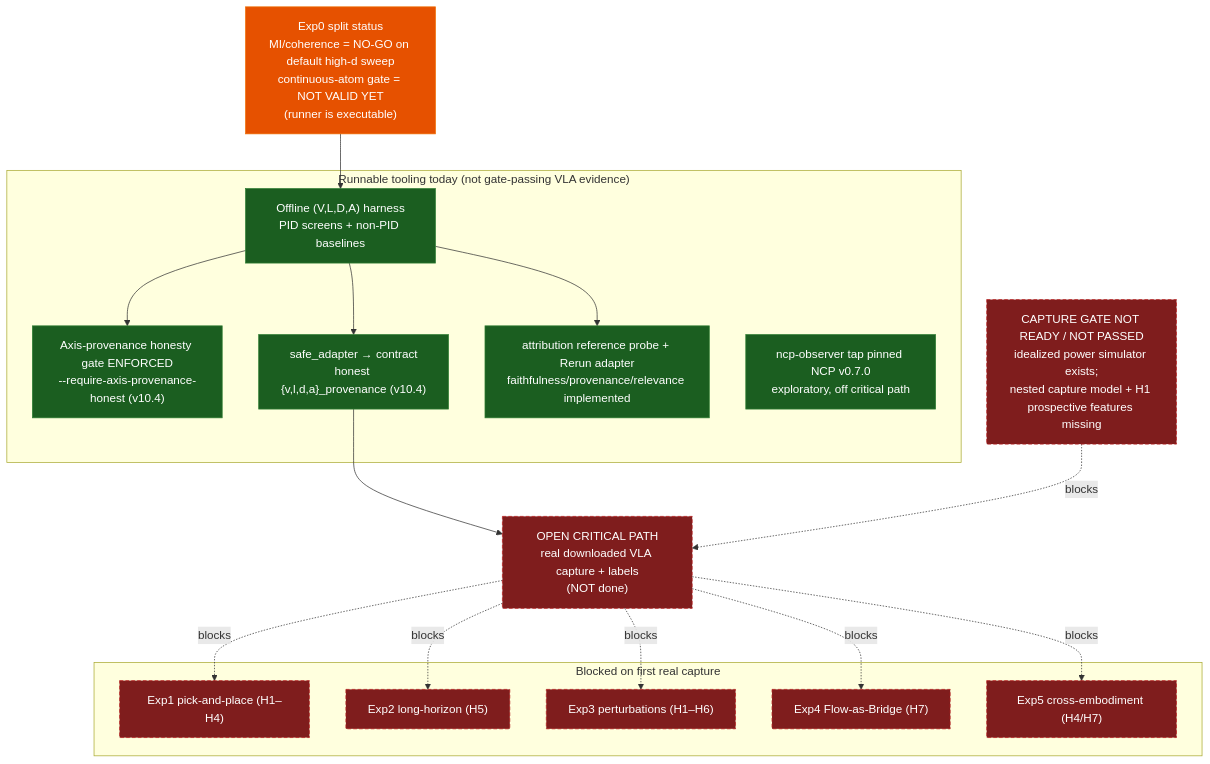
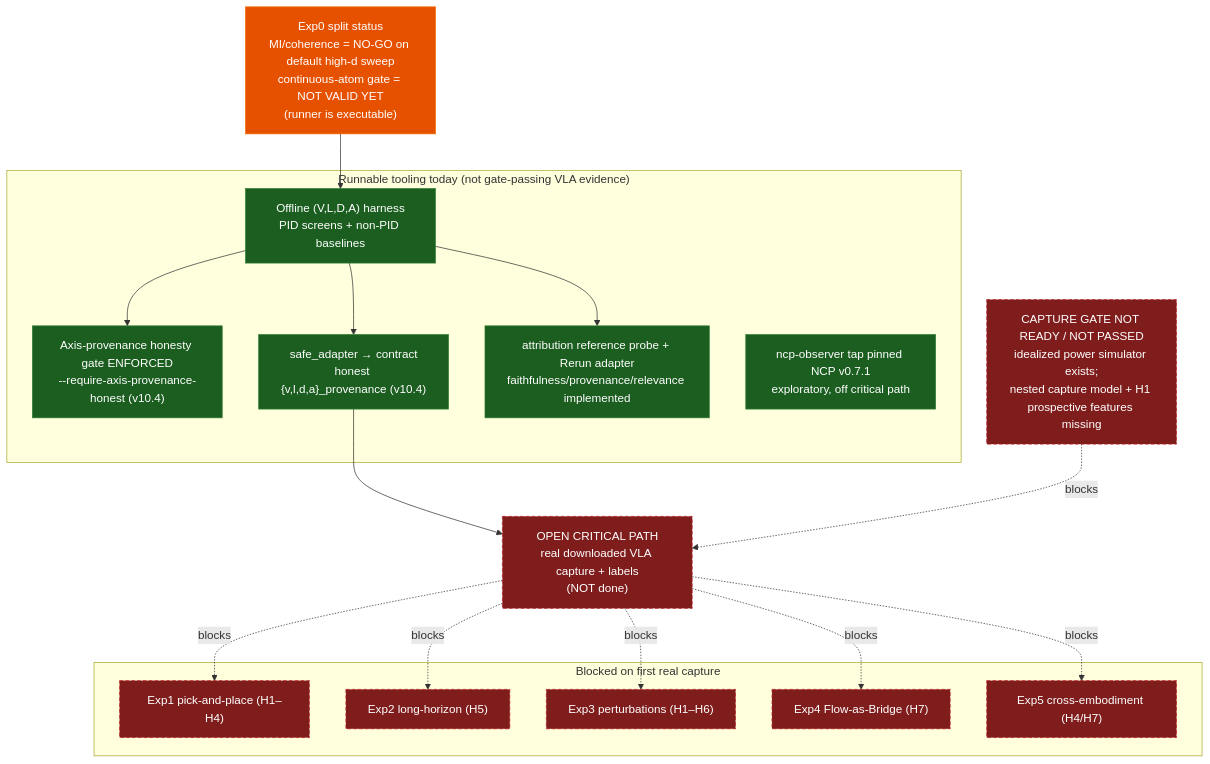
Before and after one commit to sepahead/prisoma: the first of 18 diagrams in DIAGRAMS.md, drawn with Mermaid. The commit also changed 12 other files, not shown here.

Commit message:
chore(ncp-observer): repin NCP v0.7.1

````diff
--- a/DIAGRAMS.md
+++ b/DIAGRAMS.md
@@ -22,35 +22,35 @@
 ```mermaid
 flowchart TD
     classDef run fill:#1b5e20,stroke:#2e7d32,color:#fff;
     classDef gate fill:#e65100,stroke:#ef6c00,color:#fff;
     classDef blocked fill:#7f1d1d,stroke:#b71c1c,color:#fff,stroke-dasharray:5 3;
 
     Exp0["Exp0 split status<br/>MI/coherence = NO-GO on default high-d sweep<br/>continuous-atom gate = NOT VALID YET<br/>(runner is executable)"]:::gate
 
     subgraph Today["Runnable tooling today (not gate-passing VLA evidence)"]
         Harness["Offline (V,L,D,A) harness<br/>PID screens + non-PID baselines"]:::run
         ProvGate["Axis-provenance honesty gate ENFORCED<br/>--require-axis-provenance-honest (v10.4)"]:::run
         Adapter["safe_adapter → contract<br/>honest {v,l,d,a}_provenance (v10.4)"]:::run
         Attr["attribution reference probe + Rerun adapter<br/>faithfulness/provenance/relevance implemented"]:::run
-        Obs["ncp-observer tap pinned NCP v0.7.0<br/>exploratory, off critical path"]:::run
+        Obs["ncp-observer tap pinned NCP v0.7.1<br/>exploratory, off critical path"]:::run
     end
 
     Power["CAPTURE GATE NOT READY / NOT PASSED<br/>idealized power simulator exists;<br/>nested capture model + H1 prospective features missing"]:::blocked
     Capture["OPEN CRITICAL PATH<br/>real downloaded VLA capture + labels<br/>(NOT done)"]:::blocked
 
     subgraph Blocked["Blocked on first real capture"]
         E1["Exp1 pick-and-place (H1–H4)"]:::blocked
         E2["Exp2 long-horizon (H5)"]:::blocked
         E3["Exp3 perturbations (H1–H6)"]:::blocked
         E4["Exp4 Flow-as-Bridge (H7)"]:::blocked
         E5["Exp5 cross-embodiment (H4/H7)"]:::blocked
     end
 
     Exp0 --> Harness
     Harness --> ProvGate
     Harness --> Adapter
     Harness --> Attr
     Adapter --> Capture
     Power -. blocks .-> Capture
     Capture -. blocks .-> E1 & E2 & E3 & E4 & E5
 ```
````
